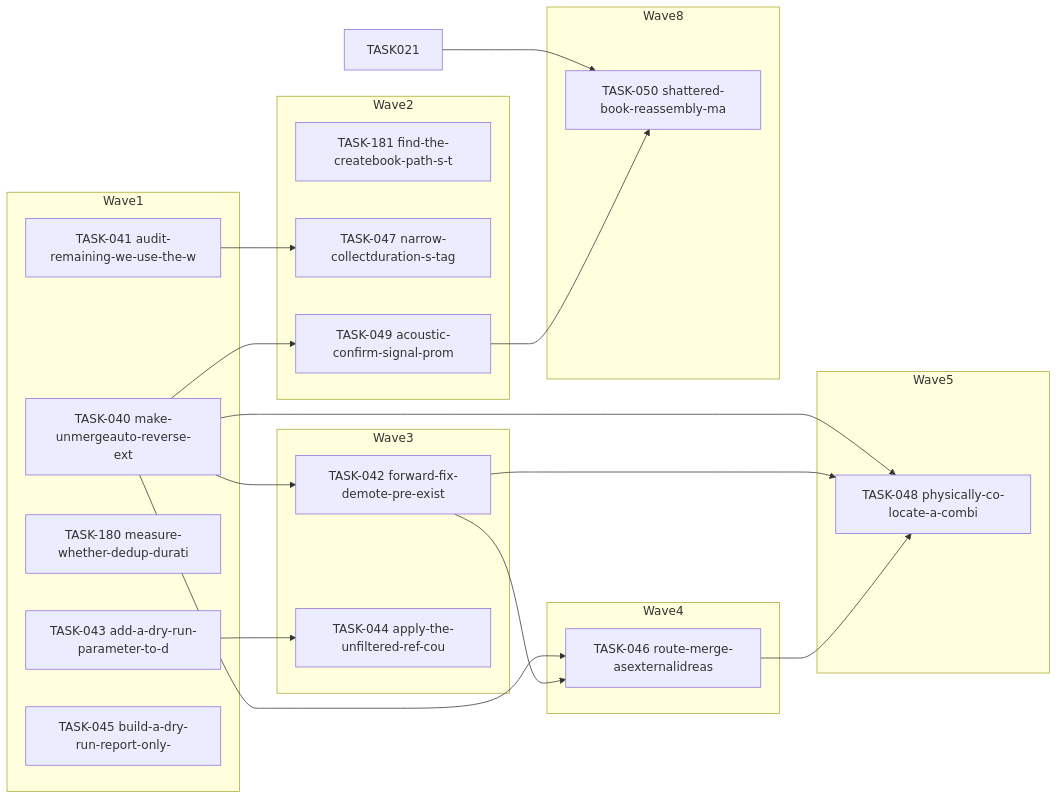
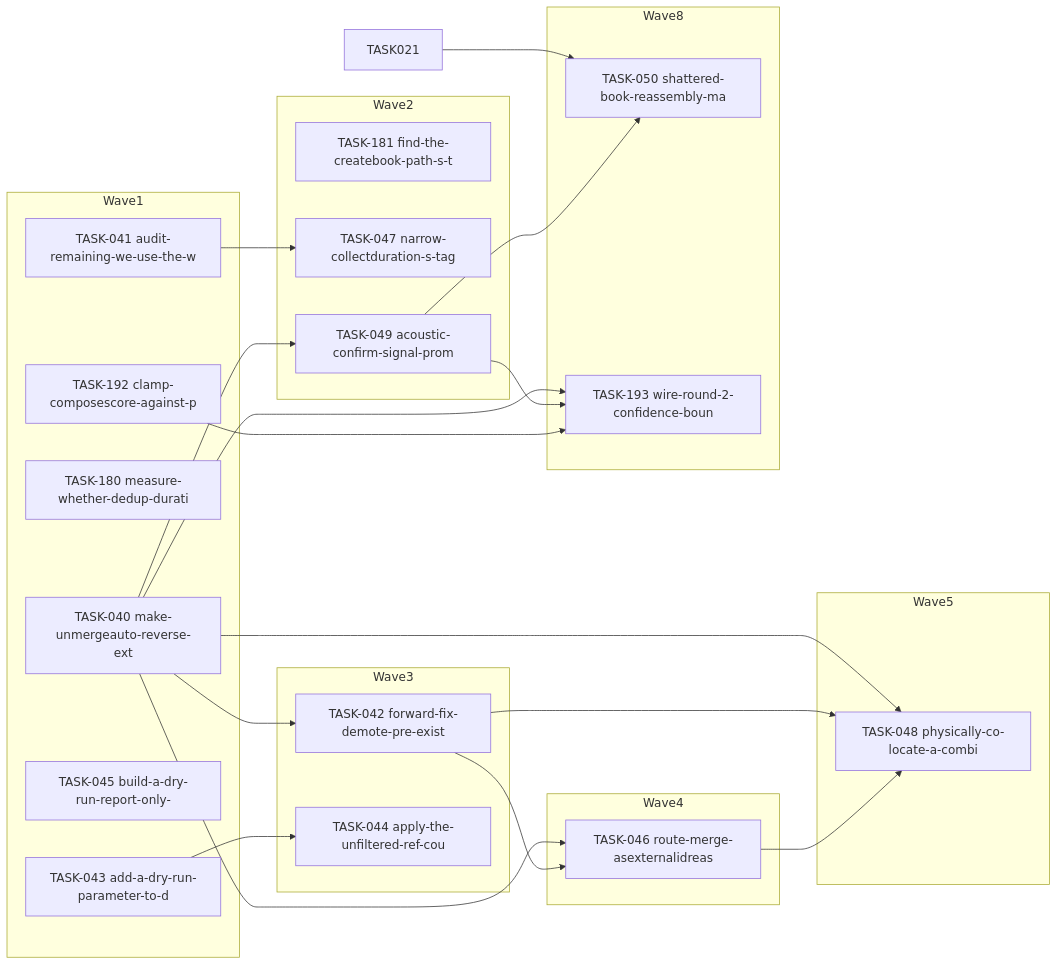
The diagram in docs/agent-tasks/todo-completion/dedup/orchestration.md (falkcorp/audiobook-organizer), drawn with Mermaid before and after one commit. The commit also changed other lines of this file and 275 other files, not shown here.

````diff
--- a/docs/agent-tasks/todo-completion/dedup/orchestration.md
+++ b/docs/agent-tasks/todo-completion/dedup/orchestration.md
@@ -12,39 +12,44 @@
 ```mermaid
 flowchart LR
     subgraph Wave1
       TASK040[TASK-040 make-unmergeauto-reverse-ext]
       TASK041[TASK-041 audit-remaining-we-use-the-w]
       TASK180[TASK-180 measure-whether-dedup-durati]
       TASK043[TASK-043 add-a-dry-run-parameter-to-d]
       TASK045[TASK-045 build-a-dry-run-report-only-]
+      TASK192[TASK-192 clamp-composescore-against-p]
     end
     subgraph Wave2
       TASK181[TASK-181 find-the-createbook-path-s-t]
       TASK047[TASK-047 narrow-collectduration-s-tag]
       TASK049[TASK-049 acoustic-confirm-signal-prom]
     end
     subgraph Wave3
       TASK042[TASK-042 forward-fix-demote-pre-exist]
       TASK044[TASK-044 apply-the-unfiltered-ref-cou]
     end
     subgraph Wave4
       TASK046[TASK-046 route-merge-asexternalidreas]
     end
     subgraph Wave5
       TASK048[TASK-048 physically-co-locate-a-combi]
     end
     subgraph Wave8
       TASK050[TASK-050 shattered-book-reassembly-ma]
+      TASK193[TASK-193 wire-round-2-confidence-boun]
     end
     TASK021 --> TASK050
     TASK040 --> TASK042
     TASK040 --> TASK046
     TASK040 --> TASK048
     TASK040 --> TASK049
+    TASK040 --> TASK193
     TASK041 --> TASK047
     TASK042 --> TASK046
     TASK042 --> TASK048
     TASK043 --> TASK044
     TASK046 --> TASK048
     TASK049 --> TASK050
+    TASK049 --> TASK193
+    TASK192 --> TASK193
 ```
````
